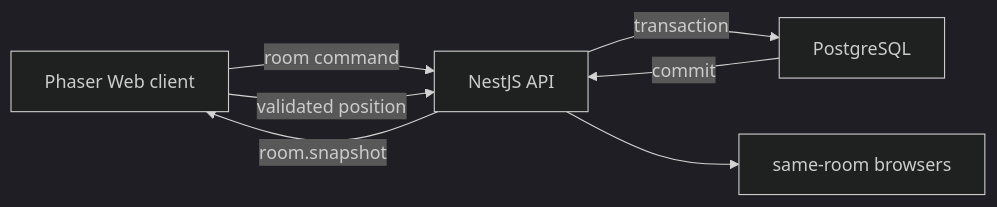
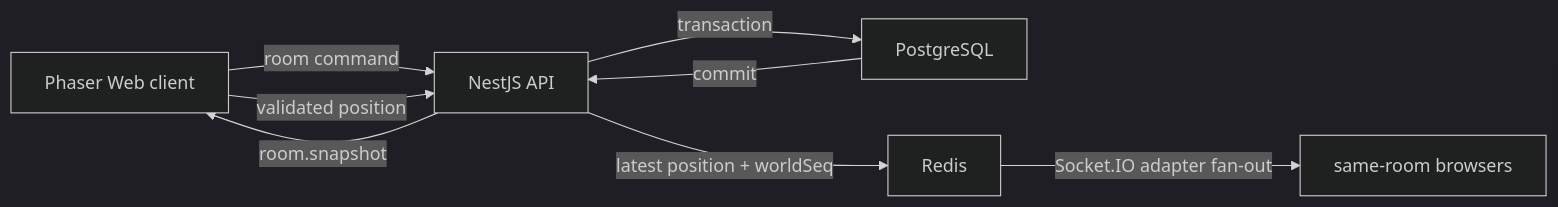
One commit to icecokel/VSCoke changed the second of 2 diagrams in docs/poke-lounge-game-concept.md. Above: the diagram before and after it, drawn with Mermaid (dark theme). The commit also changed other lines of this file and 28 other files, not shown here.

````diff
--- a/docs/poke-lounge-game-concept.md
+++ b/docs/poke-lounge-game-concept.md
@@ -85,9 +85,10 @@
 ```mermaid
 flowchart LR
   Web["Phaser Web client"] -->|"room command"| API["NestJS API"]
   API -->|"transaction"| DB["PostgreSQL"]
   DB -->|"commit"| API
   API -->|"room.snapshot"| Web
   Web -->|"validated position"| API
-  API --> Peer["same-room browsers"]
+  API -->|"latest position + worldSeq"| Redis["Redis"]
+  Redis -->|"Socket.IO adapter fan-out"| Peer["same-room browsers"]
 ```
````
